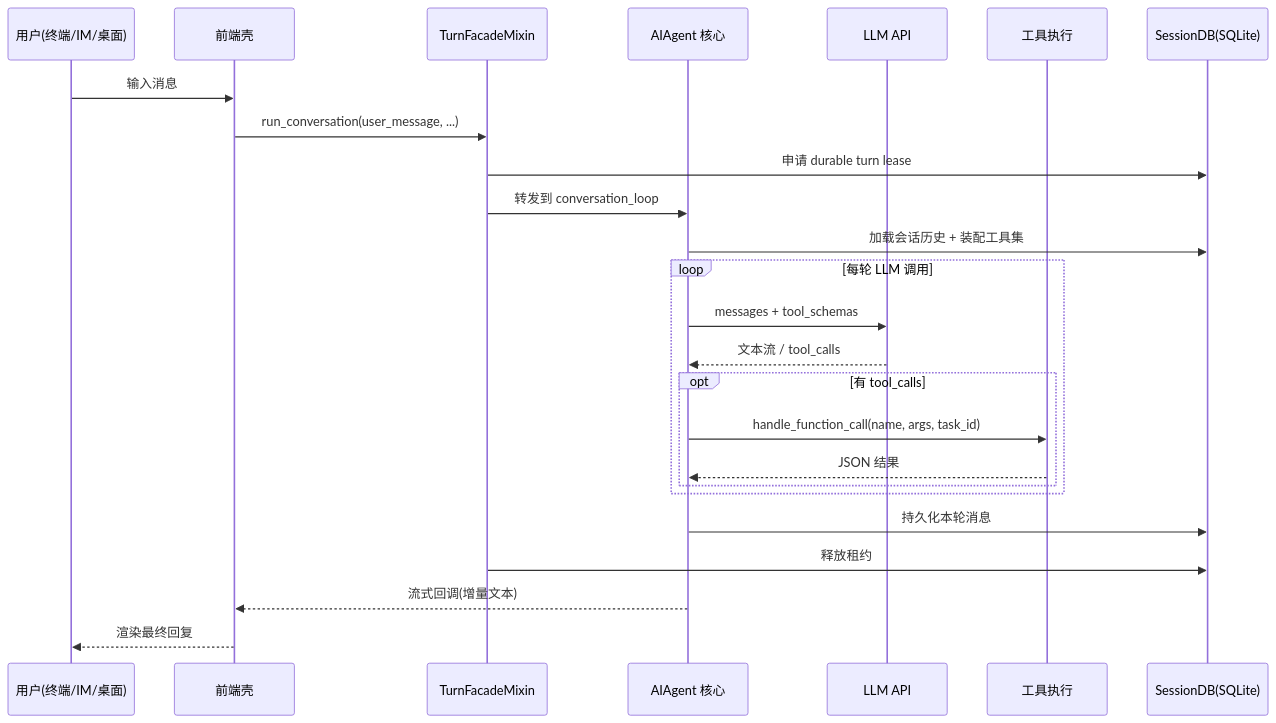
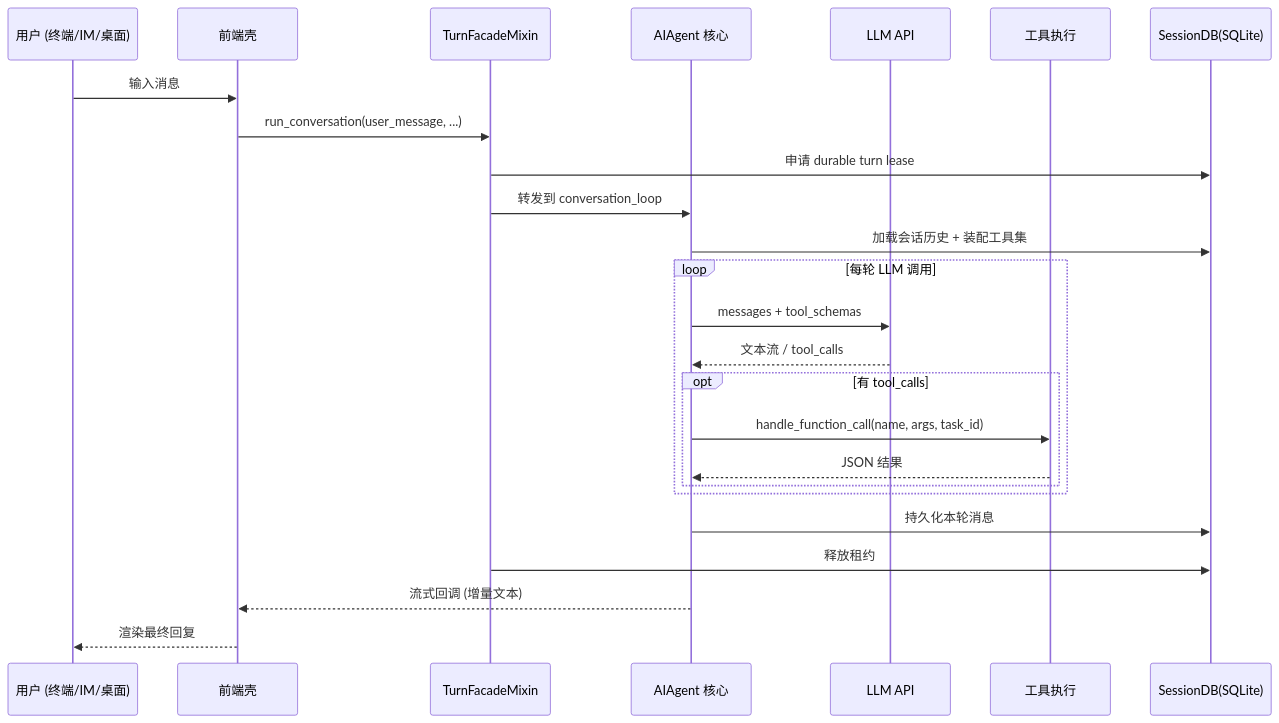
Before and after one commit to adrian9778/hermes-agent: the third of 3 diagrams in docs/sourceReader/01-简单框架-系统骨架.md, drawn with Mermaid. The commit also changed other lines of this file and 5 other files, not shown here.

````diff
--- a/docs/sourceReader/01-简单框架-系统骨架.md
+++ b/docs/sourceReader/01-简单框架-系统骨架.md
@@ -162,28 +160,28 @@
 ```mermaid
 sequenceDiagram
-    participant U as 用户(终端/IM/桌面)
+    participant U as 用户 (终端/IM/桌面)
     participant FE as 前端壳
     participant FA as TurnFacadeMixin
     participant AG as AIAgent 核心
     participant LLM as LLM API
     participant TOOL as 工具执行
     participant DB as SessionDB(SQLite)
 
     U->>FE: 输入消息
     FE->>FA: run_conversation(user_message, ...)
     FA->>DB: 申请 durable turn lease
     FA->>AG: 转发到 conversation_loop
     AG->>DB: 加载会话历史 + 装配工具集
     loop 每轮 LLM 调用
         AG->>LLM: messages + tool_schemas
         LLM-->>AG: 文本流 / tool_calls
         opt 有 tool_calls
             AG->>TOOL: handle_function_call(name, args, task_id)
             TOOL-->>AG: JSON 结果
         end
     end
     AG->>DB: 持久化本轮消息
     FA->>DB: 释放租约
-    AG-->>FE: 流式回调(增量文本)
+    AG-->>FE: 流式回调 (增量文本)
     FE-->>U: 渲染最终回复
 ```
````
